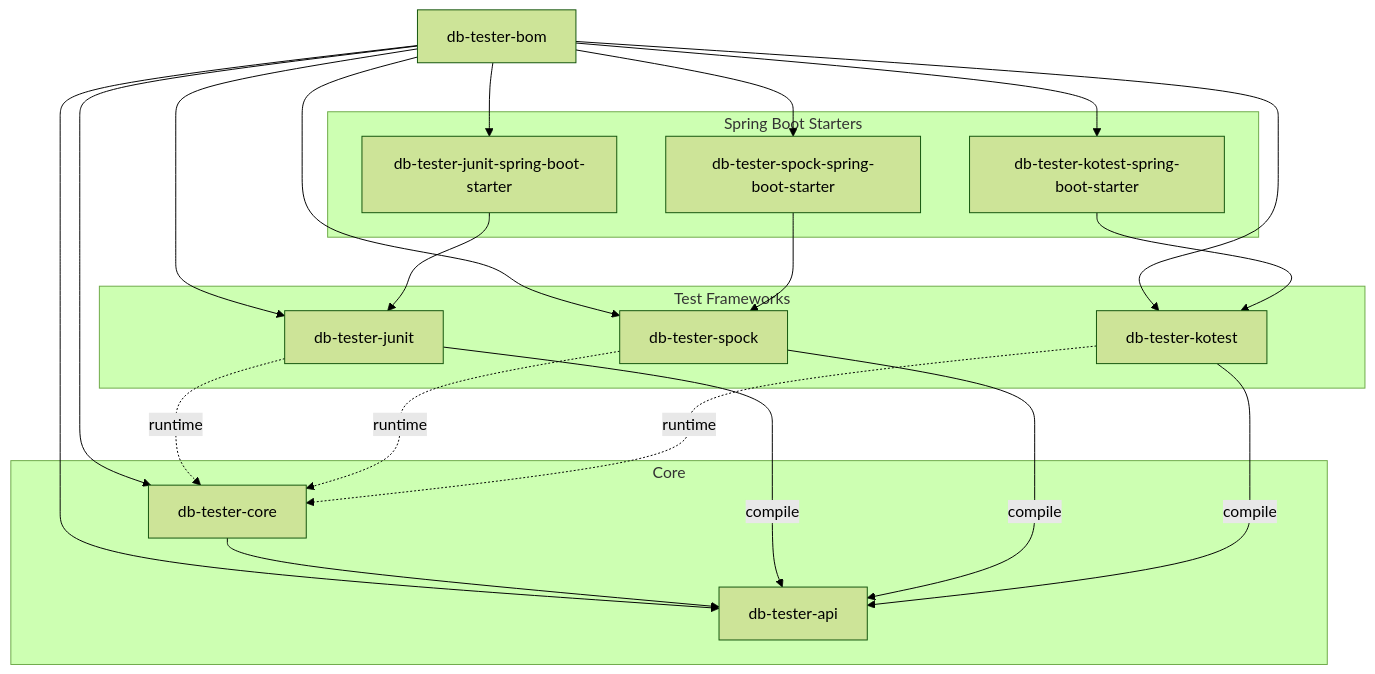
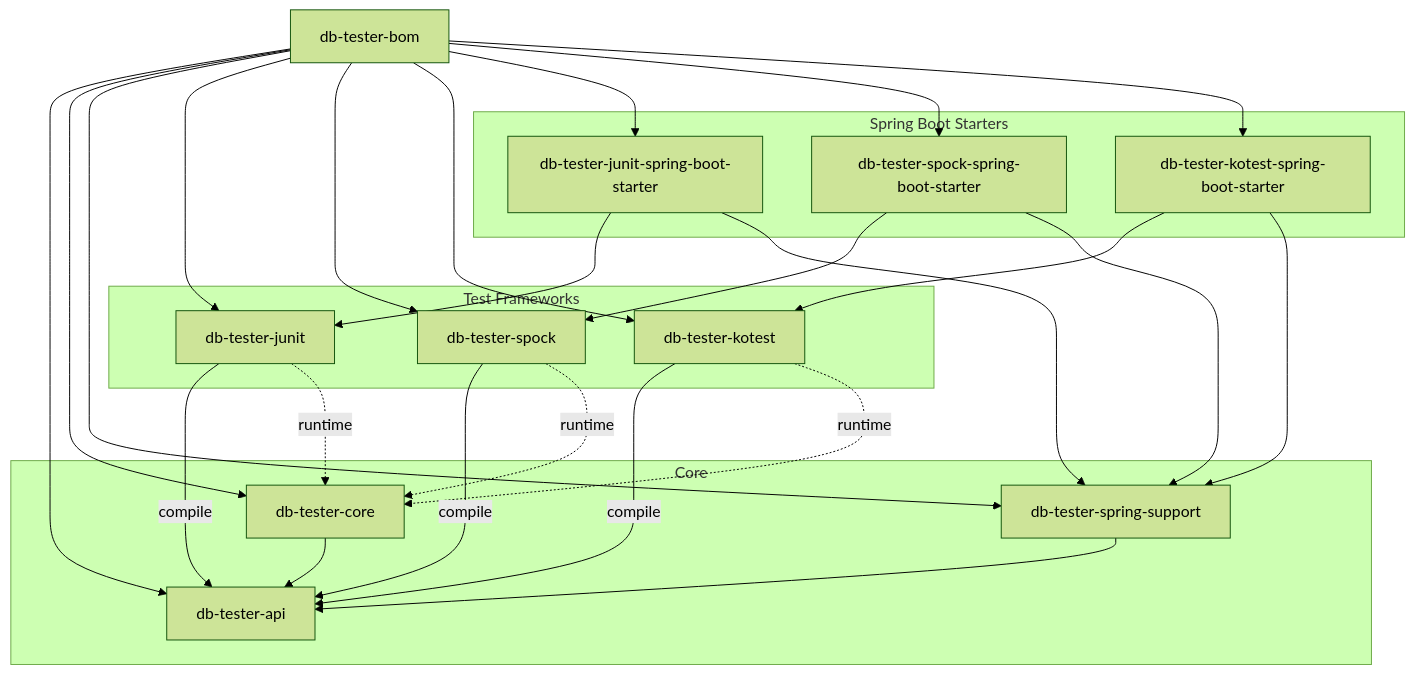
One commit to seijikohara/db-tester changed the first of 2 diagrams in docs/specs/02-architecture.md. Above: the diagram before and after it, drawn with Mermaid (forest theme). The commit also changed other lines of this file and 17 other files, not shown here.

First line of the commit message:
refactor: extract common DataSource registration logic to db-tester-spring-support (#48)

````diff
--- a/docs/specs/02-architecture.md
+++ b/docs/specs/02-architecture.md
@@ -9,41 +9,47 @@
 ```mermaid
 graph TD
     BOM[db-tester-bom]
 
     subgraph Core
         API[db-tester-api]
         CORE[db-tester-core]
+        SPRING_SUPPORT[db-tester-spring-support]
     end
 
     subgraph "Test Frameworks"
         JUNIT[db-tester-junit]
         SPOCK[db-tester-spock]
         KOTEST[db-tester-kotest]
     end
 
     subgraph "Spring Boot Starters"
         JUNIT_STARTER[db-tester-junit-spring-boot-starter]
         SPOCK_STARTER[db-tester-spock-spring-boot-starter]
         KOTEST_STARTER[db-tester-kotest-spring-boot-starter]
     end
 
     BOM --> API
     BOM --> CORE
+    BOM --> SPRING_SUPPORT
     BOM --> JUNIT
     BOM --> SPOCK
     BOM --> KOTEST
     BOM --> JUNIT_STARTER
     BOM --> SPOCK_STARTER
     BOM --> KOTEST_STARTER
 
     CORE --> API
+    SPRING_SUPPORT --> API
     JUNIT -->|compile| API
     JUNIT -.->|runtime| CORE
     SPOCK -->|compile| API
     SPOCK -.->|runtime| CORE
     KOTEST -->|compile| API
     KOTEST -.->|runtime| CORE
     JUNIT_STARTER --> JUNIT
+    JUNIT_STARTER --> SPRING_SUPPORT
     SPOCK_STARTER --> SPOCK
+    SPOCK_STARTER --> SPRING_SUPPORT
     KOTEST_STARTER --> KOTEST
+    KOTEST_STARTER --> SPRING_SUPPORT
 ```
````
